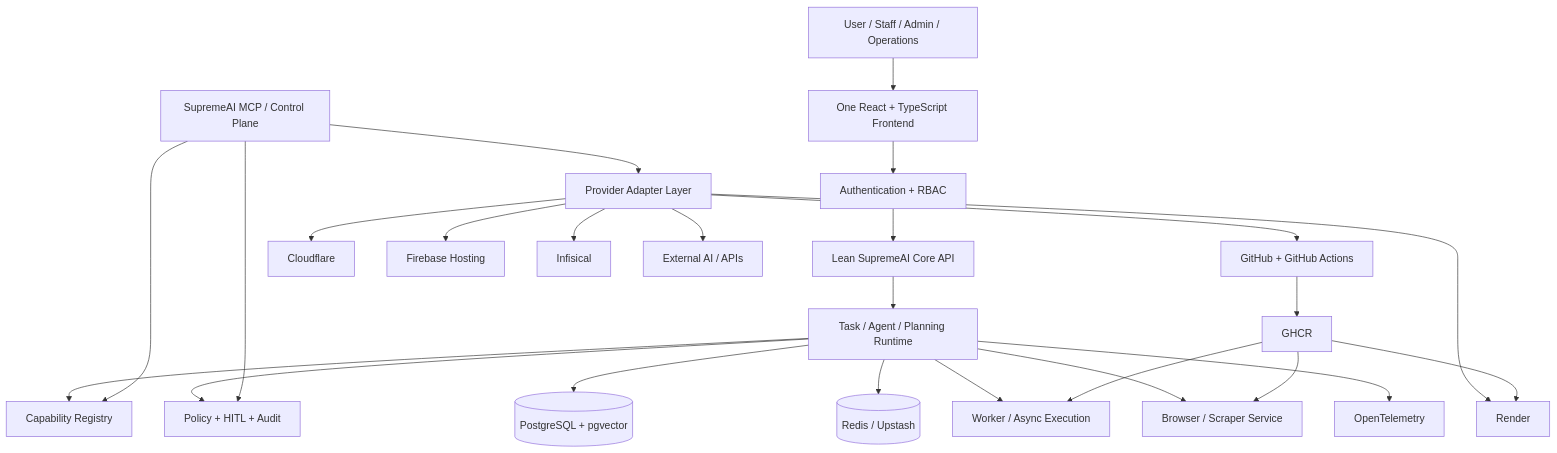
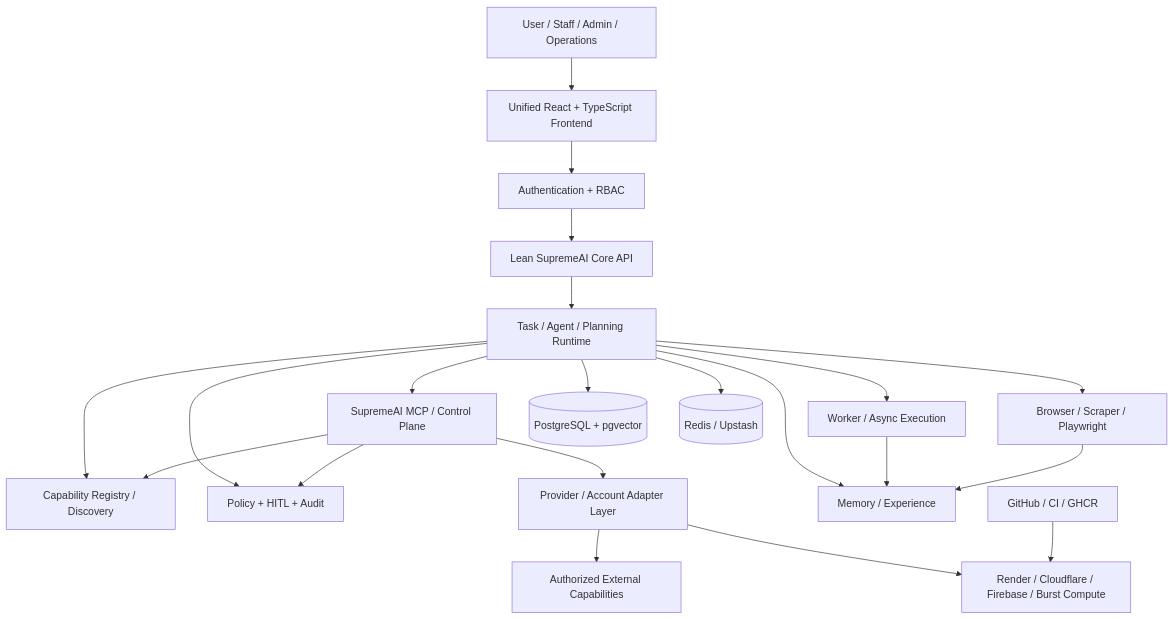
Before and after one commit to SaifulHaqueNiloy/supremeai: the diagram in README.md, drawn with Mermaid. The commit also changed other lines of this file, not shown here.

Commit message:
docs: clarify SupremeAI capability-composition and self-evolution model

````diff
--- a/README.md
+++ b/README.md
@@ -230,46 +407,38 @@
 ```mermaid
 flowchart TB
     USER["User / Staff / Admin / Operations"]
-    UI["One React + TypeScript Frontend"]
+    UI["Unified React + TypeScript Frontend"]
     AUTH["Authentication + RBAC"]
     API["Lean SupremeAI Core API"]
     BRAIN["Task / Agent / Planning Runtime"]
-    CAP["Capability Registry"]
+    CAP["Capability Registry / Discovery"]
     POL["Policy + HITL + Audit"]
     WORKER["Worker / Async Execution"]
-    SCRAPER["Browser / Scraper Service"]
+    BROWSER["Browser / Scraper / Playwright"]
     MCP["SupremeAI MCP / Control Plane"]
-    PA["Provider Adapter Layer"]
+    PA["Provider / Account Adapter Layer"]
+    MEM["Memory / Experience"]
     DB[("PostgreSQL + pgvector")]
     REDIS[("Redis / Upstash")]
-    OTEL["OpenTelemetry"]
-    GH["GitHub + GitHub Actions"]
-    GHCR["GHCR"]
-    RENDER["Render"]
-    CF["Cloudflare"]
-    FIREBASE["Firebase Hosting"]
-    INFISICAL["Infisical"]
-    EXT["External AI / APIs"]
+    EXT["Authorized External Capabilities"]
+    CI["GitHub / CI / GHCR"]
+    RUNTIME["Render / Cloudflare / Firebase / Burst Compute"]
 
     USER --> UI --> AUTH --> API --> BRAIN
     BRAIN --> CAP
     BRAIN --> POL
+    BRAIN --> MEM
     BRAIN --> DB
     BRAIN --> REDIS
     BRAIN --> WORKER
-    BRAIN --> SCRAPER
-    BRAIN --> OTEL
+    BRAIN --> BROWSER
+    BRAIN --> MCP
+    MCP --> CAP
     MCP --> POL
-    MCP --> CAP
     MCP --> PA
-    PA --> RENDER
-    PA --> GH
-    PA --> CF
-    PA --> FIREBASE
-    PA --> INFISICAL
     PA --> EXT
-    GH --> GHCR
-    GHCR --> RENDER
-    GHCR --> WORKER
-    GHCR --> SCRAPER
+    PA --> RUNTIME
+    CI --> RUNTIME
+    WORKER --> MEM
+    BROWSER --> MEM
 ```
````
